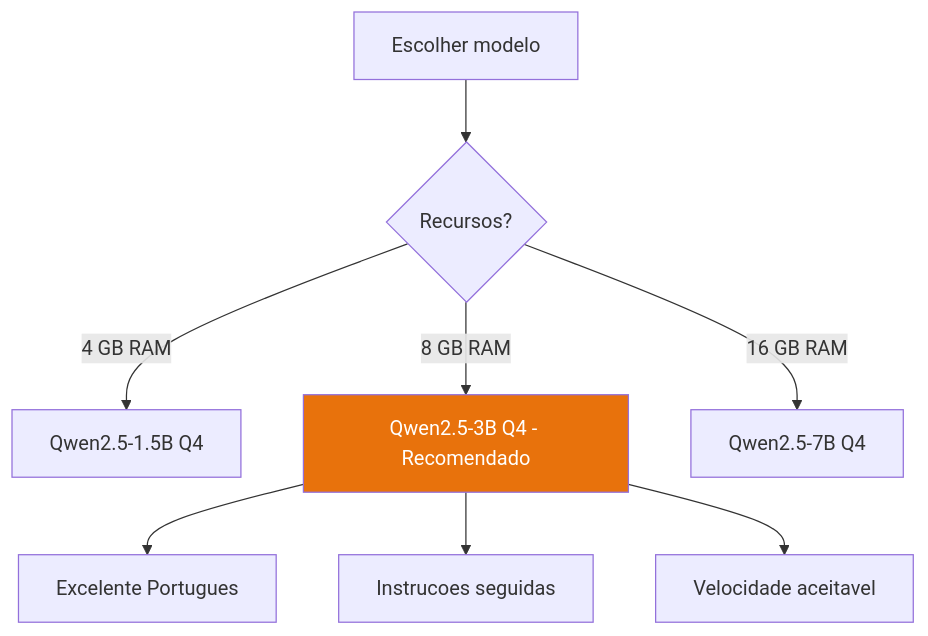
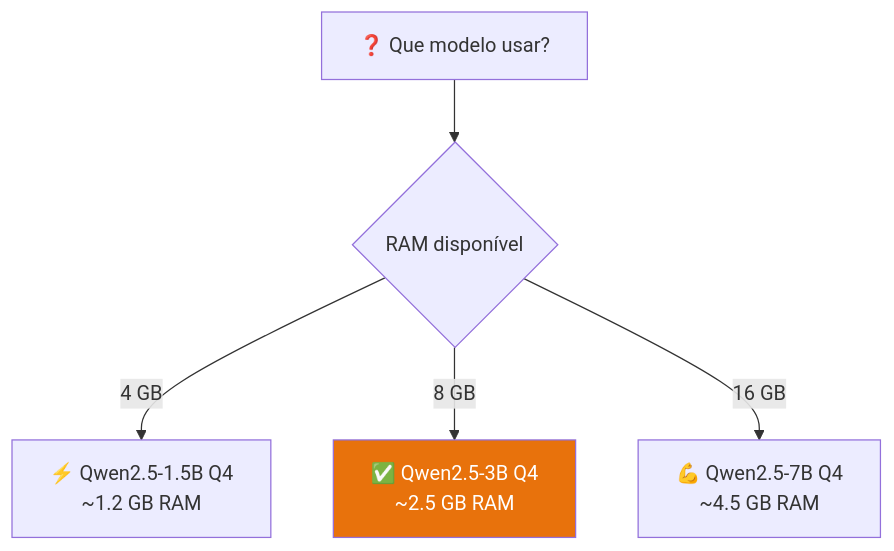
Before and after one commit to icpmtech/empresaiq-ebook: the diagram in docs/18-qwen-agente.md, drawn with Mermaid. The commit also changed other lines of this file and 24 other files, not shown here.

````diff
--- a/docs/18-qwen-agente.md
+++ b/docs/18-qwen-agente.md
@@ -9,11 +19,8 @@
 ```mermaid
 flowchart TD
-    A[Escolher modelo] --> B{Recursos?}
-    B -->|4 GB RAM| C[Qwen2.5-1.5B Q4]
-    B -->|8 GB RAM| D[Qwen2.5-3B Q4 - Recomendado]
-    B -->|16 GB RAM| E[Qwen2.5-7B Q4]
-    D --> F[Excelente Portugues]
-    D --> G[Instrucoes seguidas]
-    D --> H[Velocidade aceitavel]
+    A["❓ Que modelo usar?"] --> B{"RAM disponível"}
+    B -->|"4 GB"| C["⚡ Qwen2.5-1.5B Q4\n~1.2 GB RAM"]
+    B -->|"8 GB"| D["✅ Qwen2.5-3B Q4\n~2.5 GB RAM"]
+    B -->|"16 GB"| E["💪 Qwen2.5-7B Q4\n~4.5 GB RAM"]
     style D fill:#E8720C,color:#fff
 ```
````
